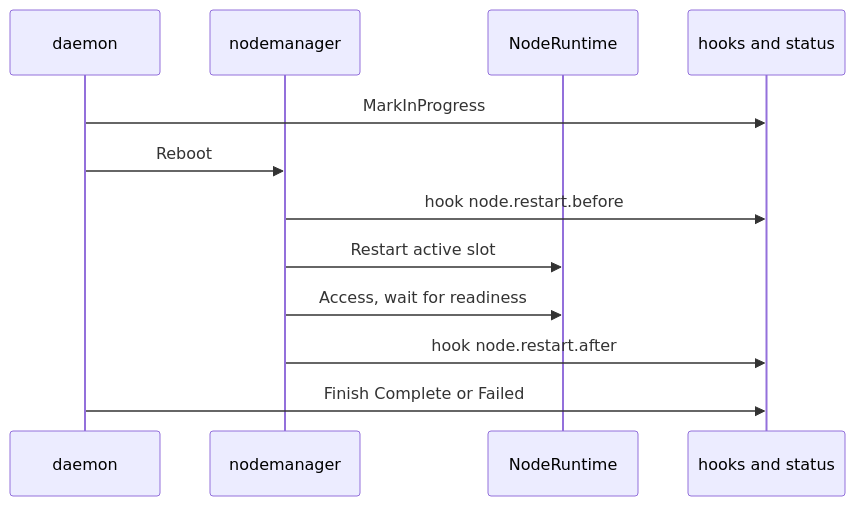
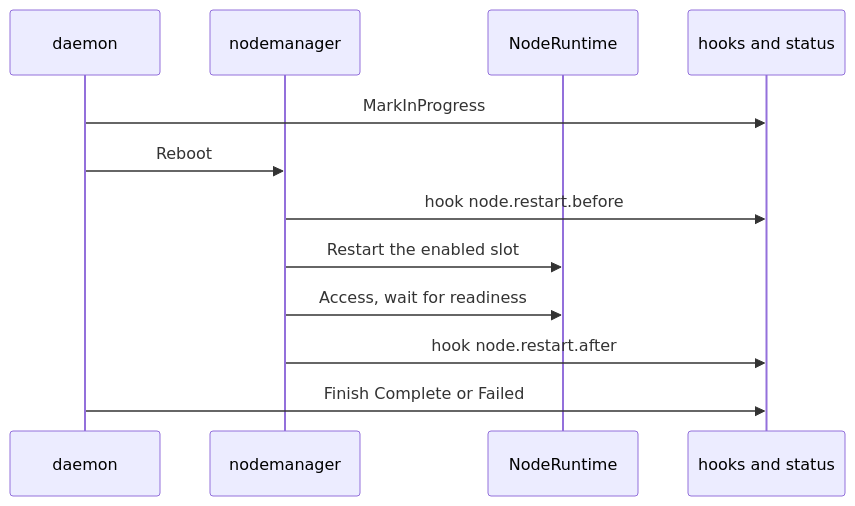
Before and after one commit to Azure/unbounded: the seventh of 9 diagrams in designs/agent-v2.md, drawn with Mermaid. The commit also changed other lines of this file and 1 other file, not shown here.

````diff
--- a/designs/agent-v2.md
+++ b/designs/agent-v2.md
@@ -1184,14 +1302,14 @@
 ```mermaid
 sequenceDiagram
   participant D as daemon
   participant NM as nodemanager
   participant RT as NodeRuntime
   participant Px as hooks and status
   D->>Px: MarkInProgress
   D->>NM: Reboot
   NM->>Px: hook node.restart.before
-  NM->>RT: Restart active slot
+  NM->>RT: Restart the enabled slot
   NM->>RT: Access, wait for readiness
   NM->>Px: hook node.restart.after
   D->>Px: Finish Complete or Failed
 ```
````
